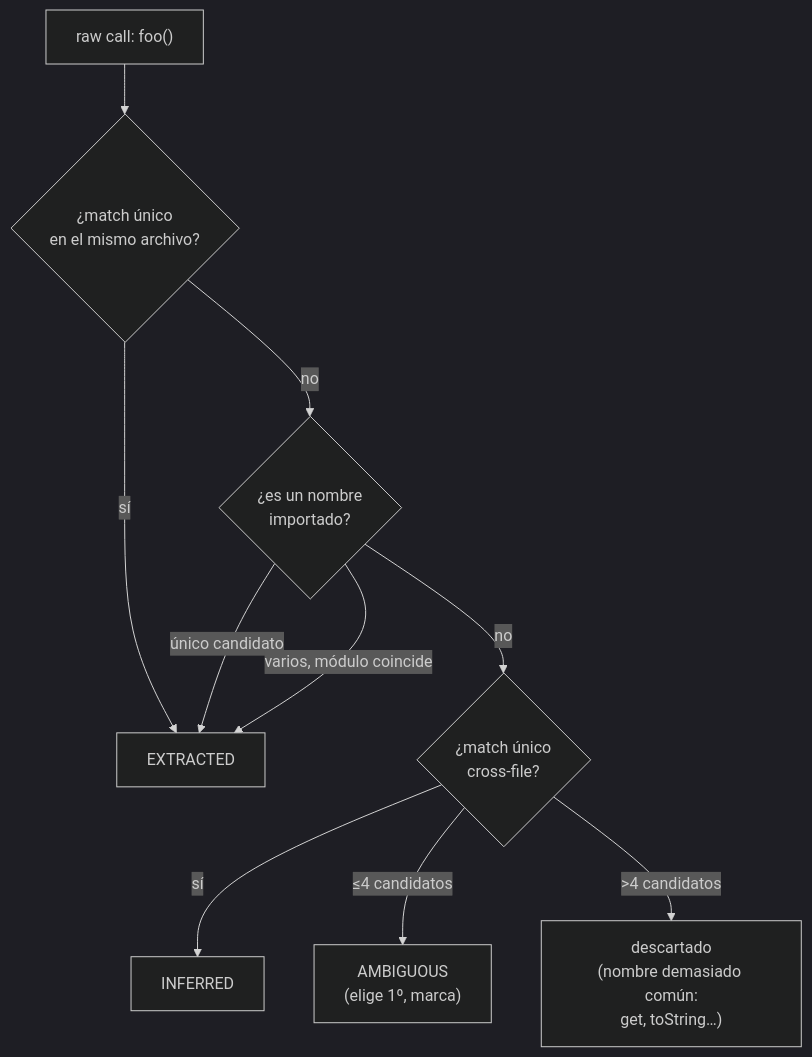
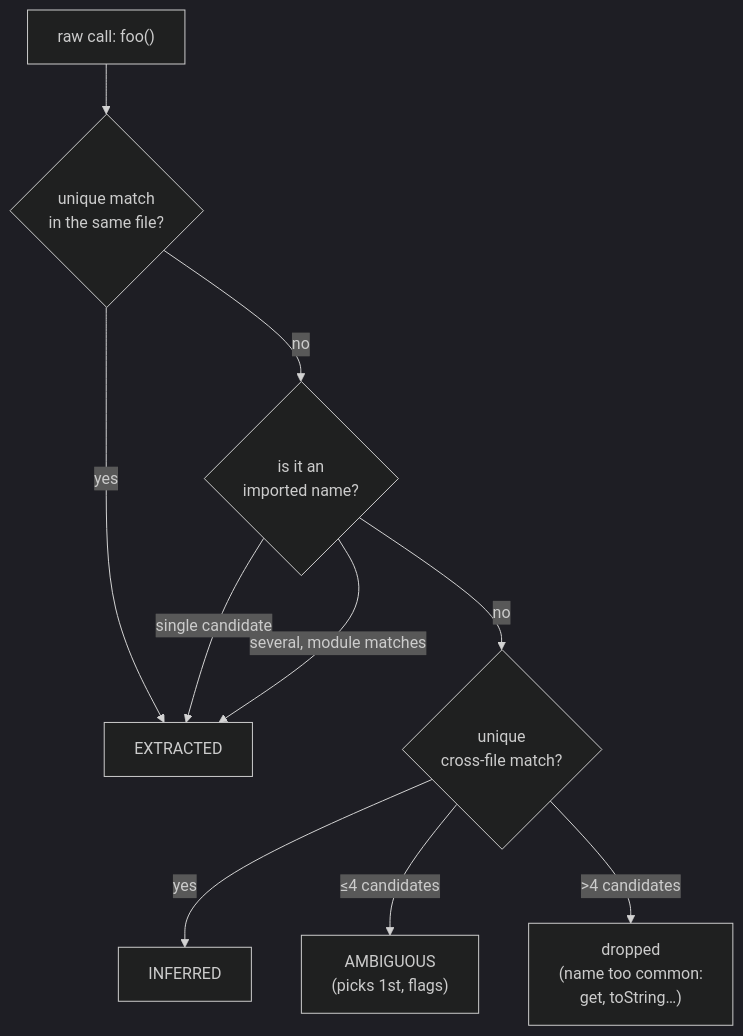
Before and after one commit to Kolimar/leina: the fifth of 5 diagrams in docs/concepts/02-grafo.md, drawn with Mermaid (dark theme). The commit also changed other lines of this file and 27 other files, not shown here.

````diff
--- a/docs/concepts/02-grafo.md
+++ b/docs/concepts/02-grafo.md
@@ -164,12 +165,12 @@
 ```mermaid
 flowchart TD
-    rc["raw call: foo()"] --> samefile{¿match único<br/>en el mismo archivo?}
-    samefile -->|sí| extracted["EXTRACTED"]
-    samefile -->|no| imp{¿es un nombre<br/>importado?}
-    imp -->|único candidato| extracted
-    imp -->|varios, módulo coincide| extracted
-    imp -->|no| cross{¿match único<br/>cross-file?}
-    cross -->|sí| inferred["INFERRED"]
-    cross -->|≤4 candidatos| ambiguous["AMBIGUOUS<br/>(elige 1º, marca)"]
-    cross -->|>4 candidatos| dropped["descartado<br/>(nombre demasiado común:<br/>get, toString…)"]
+    rc["raw call: foo()"] --> samefile{unique match<br/>in the same file?}
+    samefile -->|yes| extracted["EXTRACTED"]
+    samefile -->|no| imp{is it an<br/>imported name?}
+    imp -->|single candidate| extracted
+    imp -->|several, module matches| extracted
+    imp -->|no| cross{unique<br/>cross-file match?}
+    cross -->|yes| inferred["INFERRED"]
+    cross -->|≤4 candidates| ambiguous["AMBIGUOUS<br/>(picks 1st, flags)"]
+    cross -->|>4 candidates| dropped["dropped<br/>(name too common:<br/>get, toString…)"]
 ```
````
